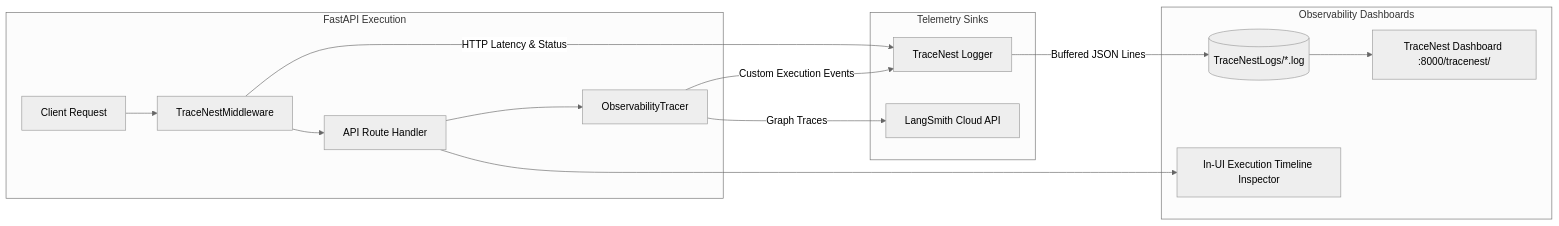
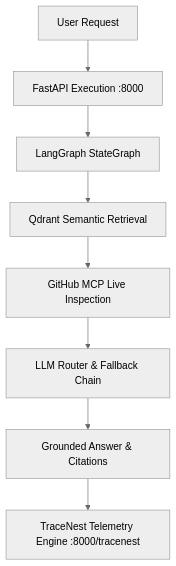
One commit to vishwajitvm/RepoMind changed the diagram in docs/observability.md. Above: the diagram before and after it, drawn with Mermaid (neutral theme). The commit also changed other lines of this file and 12 other files, not shown here.

First line of the commit message:
Enhance observability and telemetry in RepoMind

````diff
--- a/docs/observability.md
+++ b/docs/observability.md
@@ -22,20 +26,10 @@
 ```mermaid
-flowchart LR
-    subgraph RequestFlow [FastAPI Execution]
-        Req[Client Request] --> MW[TraceNestMiddleware]
-        MW --> Handler[API Route Handler]
-        Handler --> Tracer[ObservabilityTracer]
-    end
-
-    subgraph TelemetrySink [Telemetry Sinks]
-        MW -->|HTTP Latency & Status| TNLogger[TraceNest Logger]
-        Tracer -->|Custom Execution Events| TNLogger
-        Tracer -->|Graph Traces| LangSmith[LangSmith Cloud API]
-    end
-
-    subgraph UserSurfaces [Observability Dashboards]
-        TNLogger -->|Buffered JSON Lines| LogFile[(TraceNestLogs/*.log)]
-        LogFile --> TraceNestUI[TraceNest Dashboard :8000/tracenest/]
-        Handler --> InUIInspector[In-UI Execution Timeline Inspector]
-    end
+flowchart TD
+    UserRequest[User Request] --> API[FastAPI Execution :8000]
+    API --> LangGraph[LangGraph StateGraph]
+    LangGraph --> Retrieval[Qdrant Semantic Retrieval]
+    Retrieval --> MCP[GitHub MCP Live Inspection]
+    MCP --> LLM[LLM Router & Fallback Chain]
+    LLM --> Response[Grounded Answer & Citations]
+    Response --> TraceNest[TraceNest Telemetry Engine :8000/tracenest]
 ```
````
